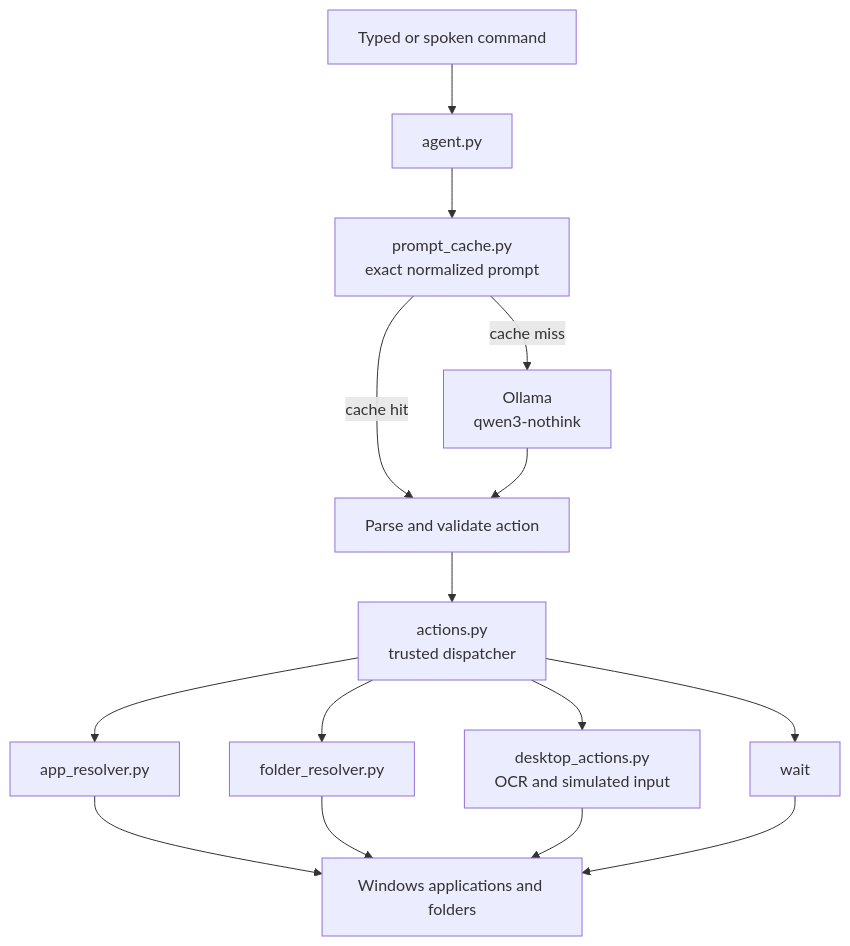
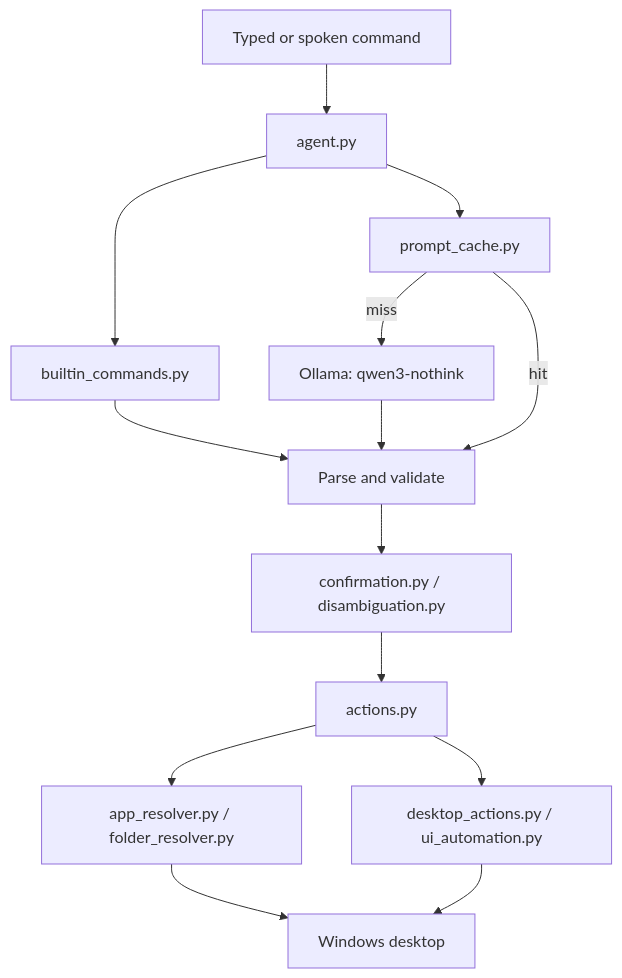
The diagram in README.md (ayush60728/Agent), drawn with Mermaid before and after one commit. The commit also changed other lines of this file, not shown here.

Commit message:
Refactor README for clarity and update capabilities, architecture, and project layout

````diff
--- a/README.md
+++ b/README.md
@@ -22,17 +21,16 @@
 ```mermaid
 flowchart TD
-    Input["Typed or spoken command"] --> Agent["agent.py"]
-    Agent --> Cache["prompt_cache.py<br/>exact normalized prompt"]
-    Cache -->|cache hit| Validate["Parse and validate action"]
-    Cache -->|cache miss| Ollama["Ollama<br/>qwen3-nothink"]
-    Ollama --> Validate
-    Validate --> Actions["actions.py<br/>trusted dispatcher"]
-    Actions --> AppResolver["app_resolver.py"]
-    Actions --> FolderResolver["folder_resolver.py"]
-    Actions --> Desktop["desktop_actions.py<br/>OCR and simulated input"]
-    Actions --> Wait["wait"]
-    AppResolver --> Windows["Windows applications and folders"]
-    FolderResolver --> Windows
-    Desktop --> Windows
-    Wait --> Windows
+  Input["Typed or spoken command"] --> Agent["agent.py"]
+  Agent --> Builtins["builtin_commands.py"]
+  Agent --> Cache["prompt_cache.py"]
+  Cache -->|miss| Ollama["Ollama: qwen3-nothink"]
+  Builtins --> Validate["Parse and validate"]
+  Ollama --> Validate
+  Cache -->|hit| Validate
+  Validate --> Safety["confirmation.py / disambiguation.py"]
+  Safety --> Actions["actions.py"]
+  Actions --> Resolve["app_resolver.py / folder_resolver.py"]
+  Actions --> Desktop["desktop_actions.py / ui_automation.py"]
+  Resolve --> Windows["Windows desktop"]
+  Desktop --> Windows
 ```
````
